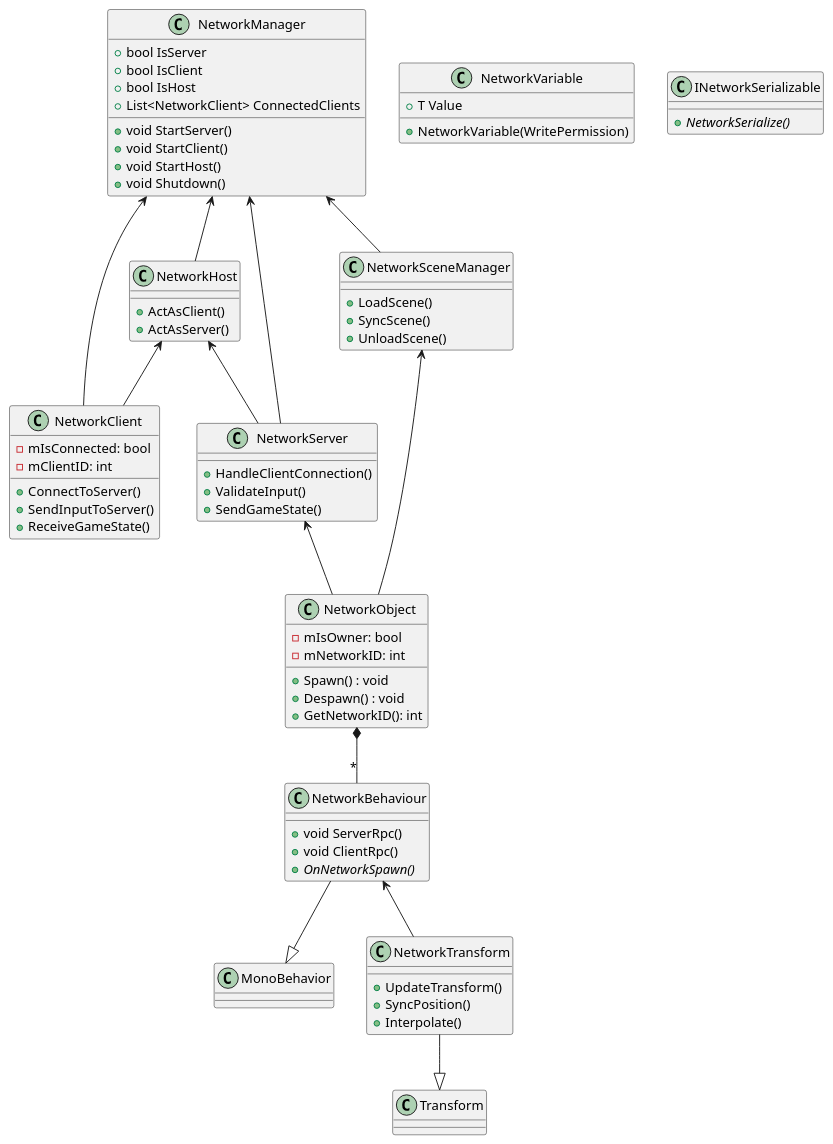
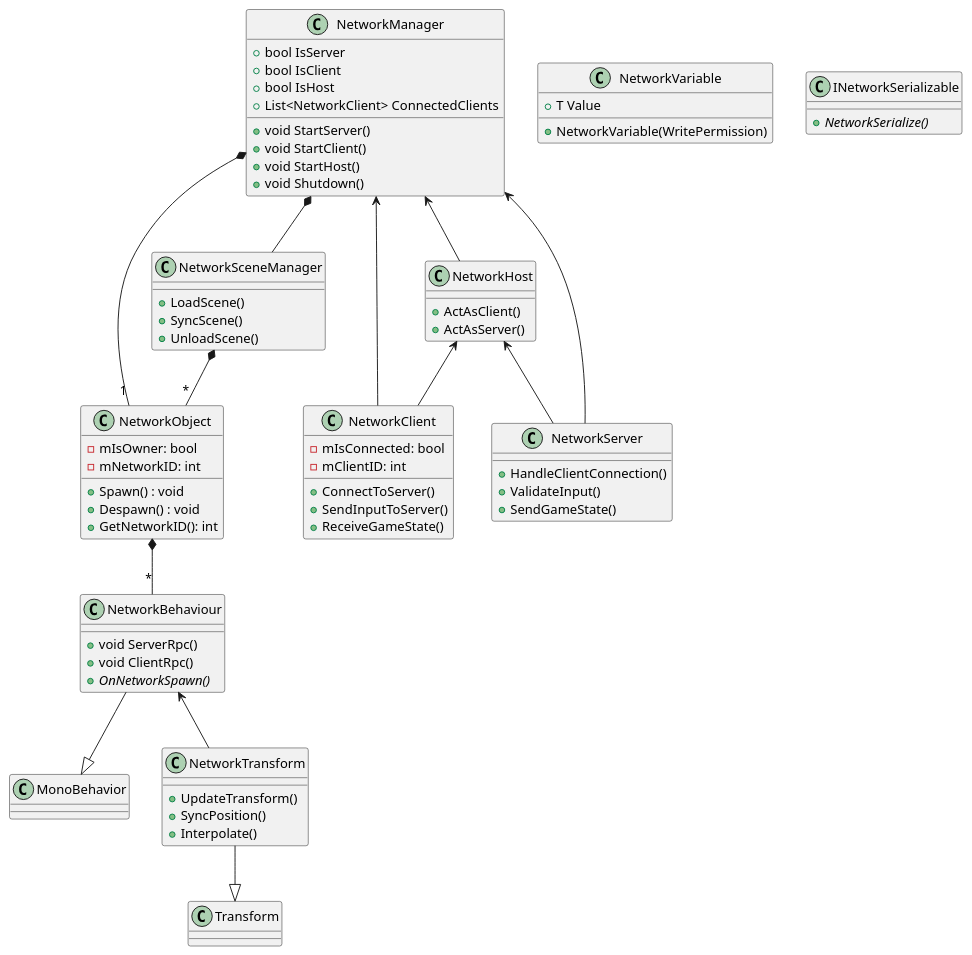
The diagram in docs/Diagrams/Multiplayer_Class.puml (Seger01/GameEngine), drawn with PlantUML before and after one commit.

Commit message:
Updated network class diagram

```diff
--- a/docs/Diagrams/Multiplayer_Class.puml
+++ b/docs/Diagrams/Multiplayer_Class.puml
@@ -1,130 +1,131 @@
 @startuml
 
 class NetworkManager {
     +bool IsServer
     +bool IsClient
     +bool IsHost
     +List<NetworkClient> ConnectedClients
     
     +void StartServer()
     +void StartClient()
     +void StartHost()
     +void Shutdown()
 }
 
 class NetworkObject {
     + Spawn() : void
     + Despawn() : void
     + GetNetworkID(): int
     - mIsOwner: bool
     - mNetworkID: int
 }
 
 class NetworkBehaviour {
     +void ServerRpc()
     +void ClientRpc()
     + {abstract} OnNetworkSpawn()
     
 }
 
 ' Template class for network variables
 class NetworkVariable{
     + NetworkVariable(WritePermission)
     + T Value
     
 }
 
 class MonoBehavior{}
 
 ' Maybe not needed
 class NetworkTransform {
     + UpdateTransform()
     + SyncPosition()
     + Interpolate()
 }
 
 class Transform{}
 
 class NetworkClient {
     + ConnectToServer()
     + SendInputToServer()
     + ReceiveGameState()
 
     - mIsConnected: bool
     - mClientID: int
 }
 
 class NetworkServer {
     + HandleClientConnection()
     + ValidateInput()
     + SendGameState()
 }
 
 class NetworkHost {
     + ActAsClient()
     + ActAsServer()
 }
 
 ' class NetworkMessage {
 '     + Serialize()
 '     + Deserialize()
 '     + SendMessage()
 '     - mMessageType: string
 ' }
 
 class NetworkSceneManager {
     + LoadScene()
     + SyncScene()
     + UnloadScene()
 }
 
 ' class NetworkInputManager {
 '     + CaptureInput()
 '     + SendInput()
 '     + ApplyInputPrediction()
 ' }
 
 ' class NetworkReplicationManager {
 '     + ReplicateObjectState()
 '     + SyncWithClients()
 '     + ApplyInterpolation()
 ' }
 
 ' class AuthorityManager {
 '     + AssignAuthority()
 '     + RequestControl()
 '     - mObjectAuthority: string
 ' }
 
 class INetworkSerializable {
     + {abstract} NetworkSerialize()
     ' + Deserialize()
 }
 
 NetworkManager <-- NetworkClient
 NetworkManager <-- NetworkServer
 NetworkManager <-- NetworkHost
-NetworkManager <-- NetworkSceneManager
+NetworkManager *-- NetworkSceneManager
+NetworkManager *-- "1" NetworkObject
 ' NetworkManager <-- AuthorityManager
 
 NetworkObject *-- "*" NetworkBehaviour
 NetworkBehaviour <-- NetworkTransform
 NetworkBehaviour --|> MonoBehavior
 
 NetworkTransform --|> Transform
 
 ' NetworkClient --> NetworkInputManager
 ' NetworkClient --> NetworkMessage
 ' NetworkClient --> NetworkReplicationManager
 
 ' NetworkServer --> NetworkMessage
 ' NetworkServer --> NetworkReplicationManager
-NetworkServer <-- NetworkObject
+
 
 NetworkHost <-- NetworkServer
 NetworkHost <-- NetworkClient
 
 ' AuthorityManager <-- NetworkObject
-NetworkSceneManager <-- NetworkObject
+NetworkSceneManager *-- "*" NetworkObject
 
 @enduml
```
